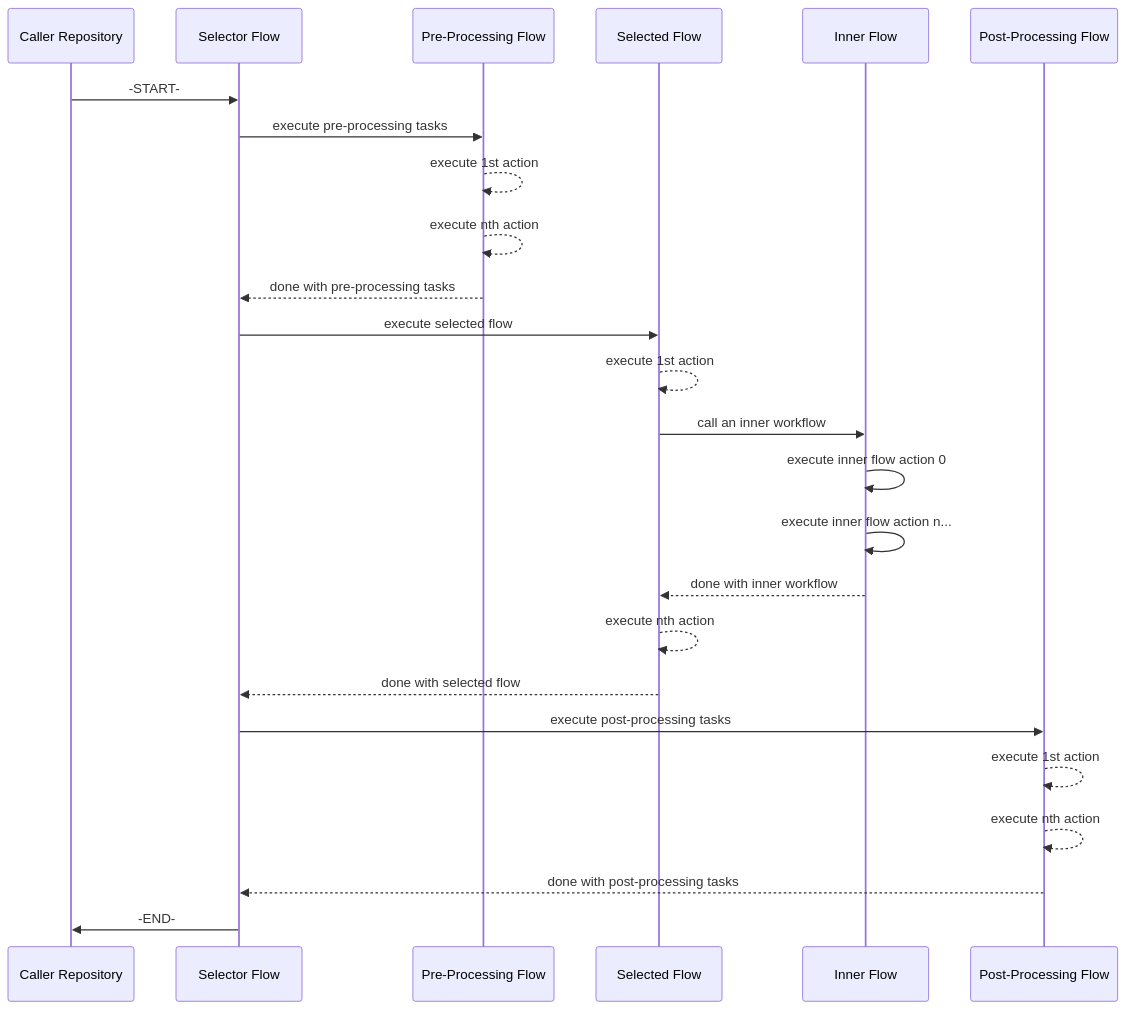
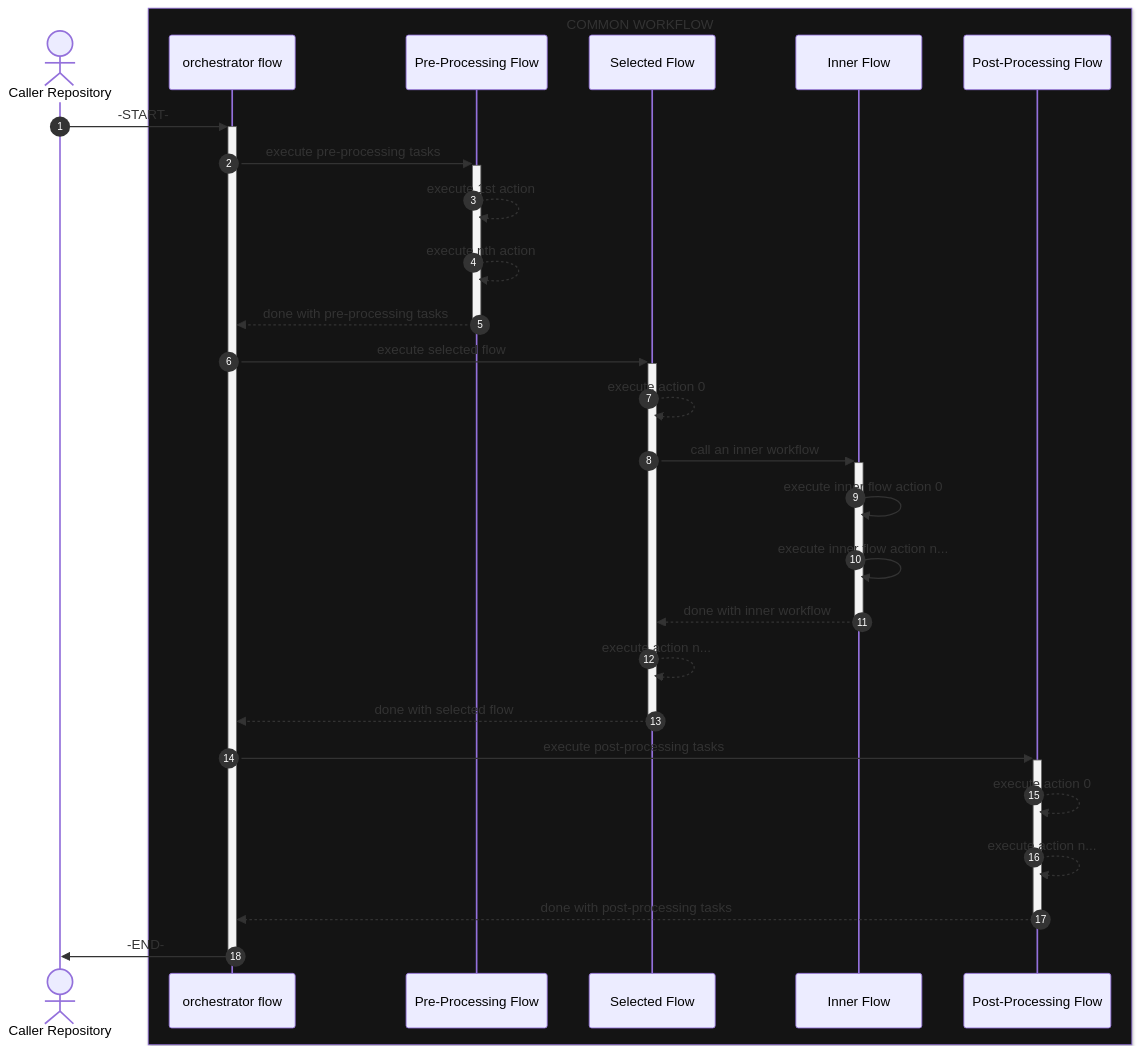
Before and after one commit to bmc-anvil/.github: the first of 2 diagrams in .github/workflows/WORKFLOWS.md, drawn with Mermaid. The commit also changed other lines of this file, not shown here.

Commit message:
update documentation to rename `selector flow` to `orchestrator flow` across workflows, small visual mods

````diff
--- a/.github/workflows/WORKFLOWS.md
+++ b/.github/workflows/WORKFLOWS.md
@@ -57,27 +57,30 @@
 ```mermaid
 sequenceDiagram
-    participant caller as Caller Repository
-    participant selectorFlow as Selector Flow
-    participant preTasks as Pre-Processing Flow
-    participant selectedFlow as Selected Flow
-    participant innerFlow as Inner Flow
-    participant postTasks as Post-Processing Flow
-    caller ->> selectorFlow: -START-
-    selectorFlow ->> preTasks: execute pre-processing tasks
-    preTasks -->> preTasks: execute 1st action
-    preTasks -->> preTasks: execute nth action
-    preTasks -->> selectorFlow: done with pre-processing tasks
-    selectorFlow ->> selectedFlow: execute selected flow
-    selectedFlow -->> selectedFlow: execute 1st action
-    selectedFlow ->> innerFlow: call an inner workflow
+    autonumber
+    actor caller as Caller Repository
+    box rgb(20,20,20) COMMON WORKFLOW
+        participant orchestratorFlow as orchestrator flow
+        participant preProcessing as Pre-Processing Flow
+        participant selectedFlow as Selected Flow
+        participant innerFlow as Inner Flow
+        participant postProcessing as Post-Processing Flow
+    end
+    caller ->>+ orchestratorFlow: -START-
+    orchestratorFlow ->>+ preProcessing: execute pre-processing tasks
+    preProcessing -->> preProcessing: execute 1st action
+    preProcessing -->> preProcessing: execute nth action
+    preProcessing -->>- orchestratorFlow: done with pre-processing tasks
+    orchestratorFlow ->>+ selectedFlow: execute selected flow
+    selectedFlow -->> selectedFlow: execute action 0
+    selectedFlow ->>+ innerFlow: call an inner workflow
     innerFlow ->> innerFlow: execute inner flow action 0
     innerFlow ->> innerFlow: execute inner flow action n...
-    innerFlow -->> selectedFlow: done with inner workflow
-    selectedFlow -->> selectedFlow: execute nth action
-    selectedFlow -->> selectorFlow: done with selected flow
-    selectorFlow ->> postTasks: execute post-processing tasks
-    postTasks -->> postTasks: execute 1st action
-    postTasks -->> postTasks: execute nth action
-    postTasks -->> selectorFlow: done with post-processing tasks
-    selectorFlow ->> caller: -END-
+    innerFlow -->>- selectedFlow: done with inner workflow
+    selectedFlow -->> selectedFlow: execute action n...
+    selectedFlow -->>- orchestratorFlow: done with selected flow
+    orchestratorFlow ->>+ postProcessing: execute post-processing tasks
+    postProcessing -->> postProcessing: execute action 0
+    postProcessing -->> postProcessing: execute action n...
+    postProcessing -->>- orchestratorFlow: done with post-processing tasks
+    orchestratorFlow ->>- caller: -END-
 ```
````
